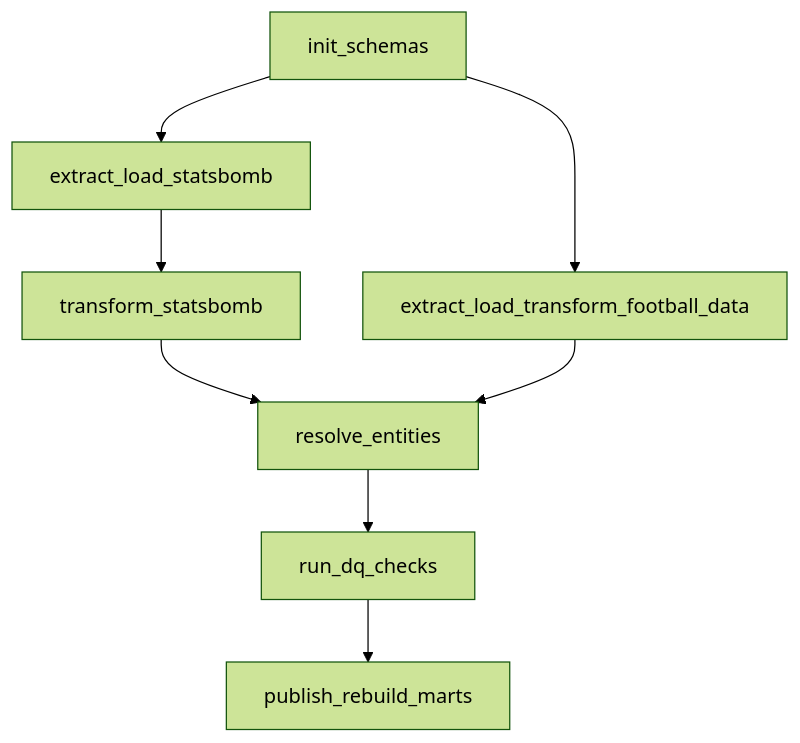
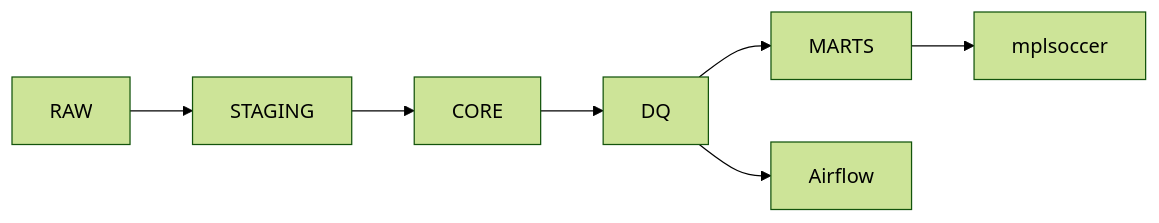
One commit to nirvana230129/FootballDataQualityPipeline changed the diagram in README.md. Above: the diagram before and after it, drawn with Mermaid (forest theme). The commit also changed other lines of this file and 6 other files, not shown here.

First line of the commit message:
Document phase-6 delivery with diagrams and WC2022 pitch maps.

````diff
--- a/README.md
+++ b/README.md
@@ -55,13 +7,9 @@
 ```mermaid
-flowchart TD
-  init[init_schemas]
-  sb[extract_load_statsbomb]
-  fd[extract_load_transform_football_data]
-  tr[transform_statsbomb]
-  re[resolve_entities]
-  dq[run_dq_checks]
-  marts[publish_rebuild_marts]
-  init --> sb --> tr --> re
-  init --> fd --> re
-  re --> dq --> marts
+flowchart LR
+  raw[RAW] --> staging[STAGING]
+  staging --> core[CORE]
+  core --> dq[DQ]
+  dq --> marts[MARTS]
+  marts --> viz[mplsoccer]
+  dq --> airflow[Airflow]
 ```
````
